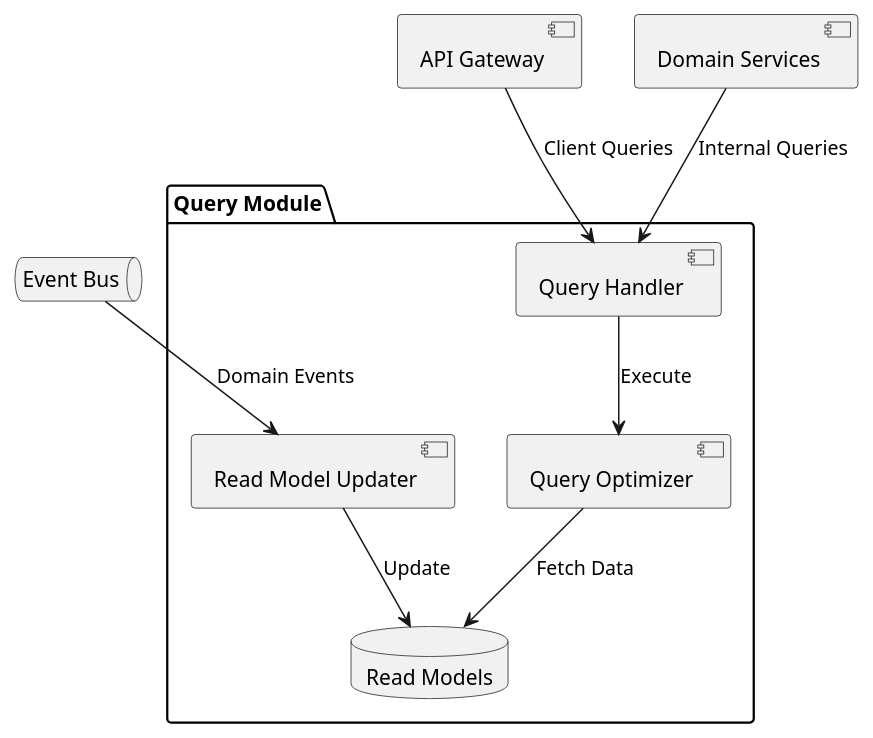
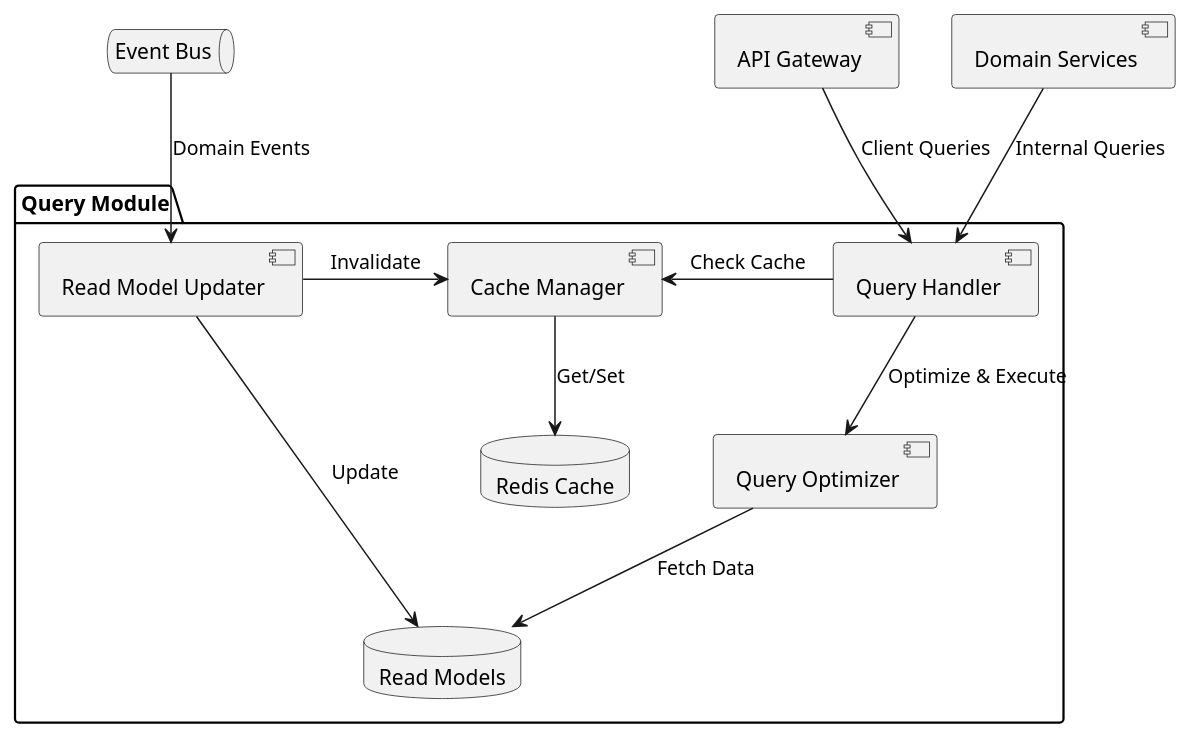
One commit to Osguima3/welz changed the fifth of 9 diagrams in docs/architecture.md. Above: the diagram before and after it, drawn with PlantUML. The commit also changed other lines of this file and 6 other files, not shown here.

````diff
--- a/docs/architecture.md
+++ b/docs/architecture.md
@@ -509,23 +671,29 @@
 ```plantuml
 @startuml
 package "Query Module" {
     [Query Handler]
+    [Cache Manager]
     [Read Model Updater]
     [Query Optimizer]
+    database "Redis Cache"
     database "Read Models"
 }
 
 queue "Event Bus"
 [API Gateway]
 [Domain Services]
 
 [API Gateway] --> [Query Handler] : Client Queries
 [Domain Services] --> [Query Handler] : Internal Queries
 
-[Query Handler] --> [Query Optimizer] : Execute
+[Query Handler] -left-> [Cache Manager] : Check Cache
+[Cache Manager] --> [Redis Cache] : Get/Set
+
+[Query Handler] --> [Query Optimizer] : Optimize & Execute
 [Query Optimizer] --> [Read Models] : Fetch Data
 
 [Event Bus] --> [Read Model Updater] : Domain Events
 [Read Model Updater] --> [Read Models] : Update
+[Read Model Updater] -right-> [Cache Manager] : Invalidate
 @enduml
 ```
````
